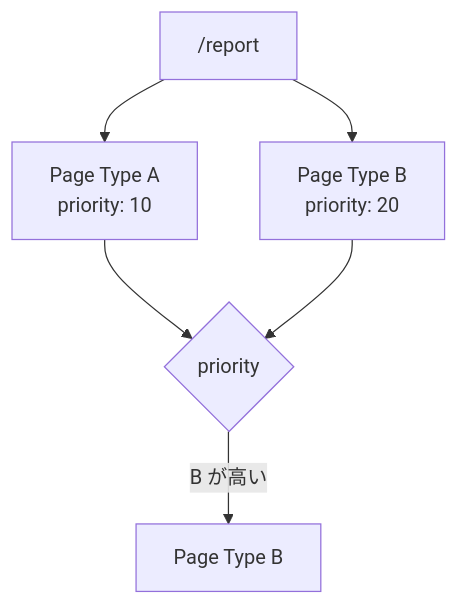
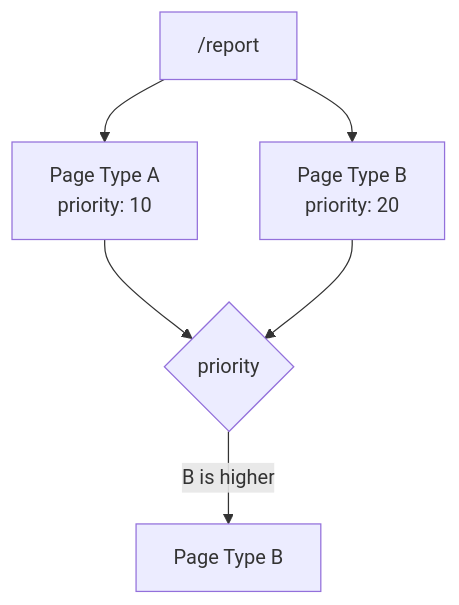
One commit to Rerurate514/riebeckite changed the tenth of 14 diagrams in docs/docs/framework/page-system.md. Above: the diagram before and after it, drawn with Mermaid. The commit also changed other lines of this file and 604 other files, not shown here.

````diff
--- a/docs/docs/framework/page-system.md
+++ b/docs/docs/framework/page-system.md
@@ -336,14 +331,14 @@
-```mermaid id="q0v69g"
+```mermaid
 flowchart TD
     Path["/report"]
     A["Page Type A<br/>priority: 10"]
     B["Page Type B<br/>priority: 20"]
 
     Path --> A
     Path --> B
 
     A --> Compare{"priority"}
     B --> Compare
 
-    Compare -->|"B が高い"| Result["Page Type B"]
+    Compare -->|"B is higher"| Result["Page Type B"]
 ```
````
